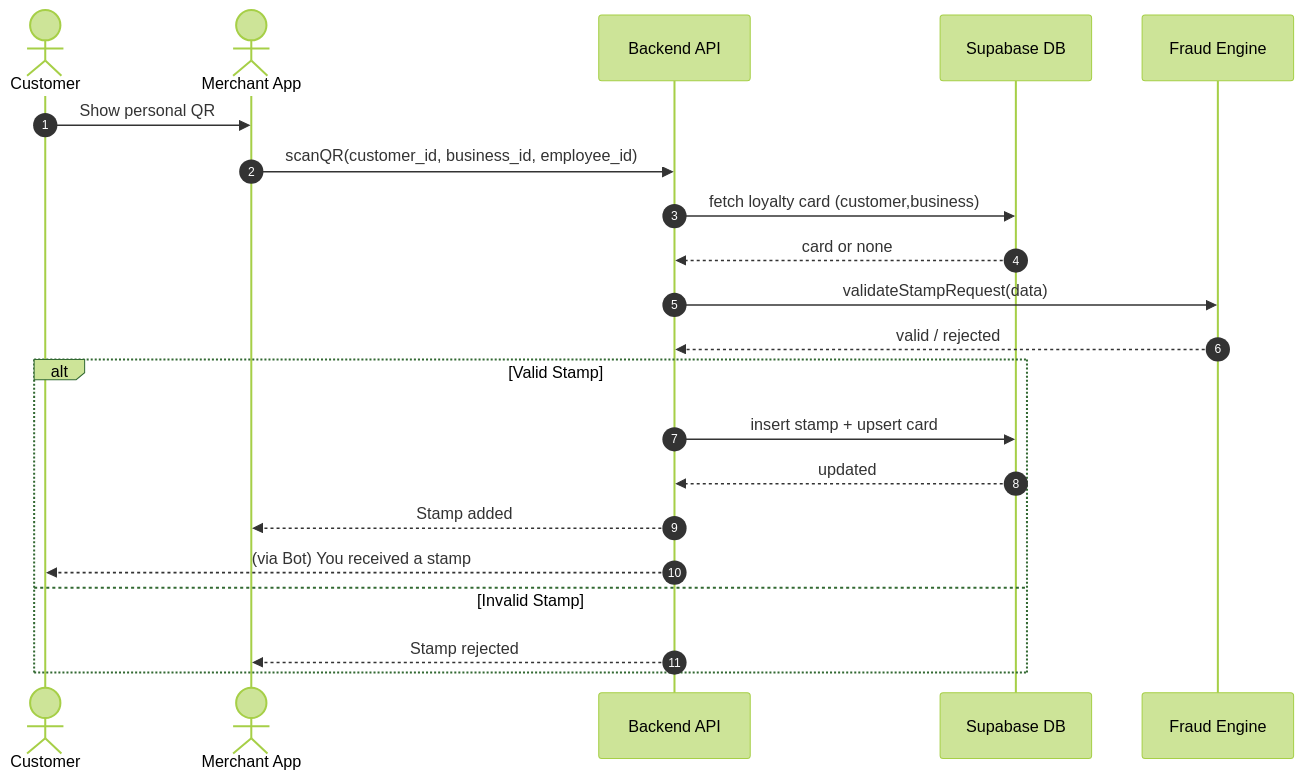
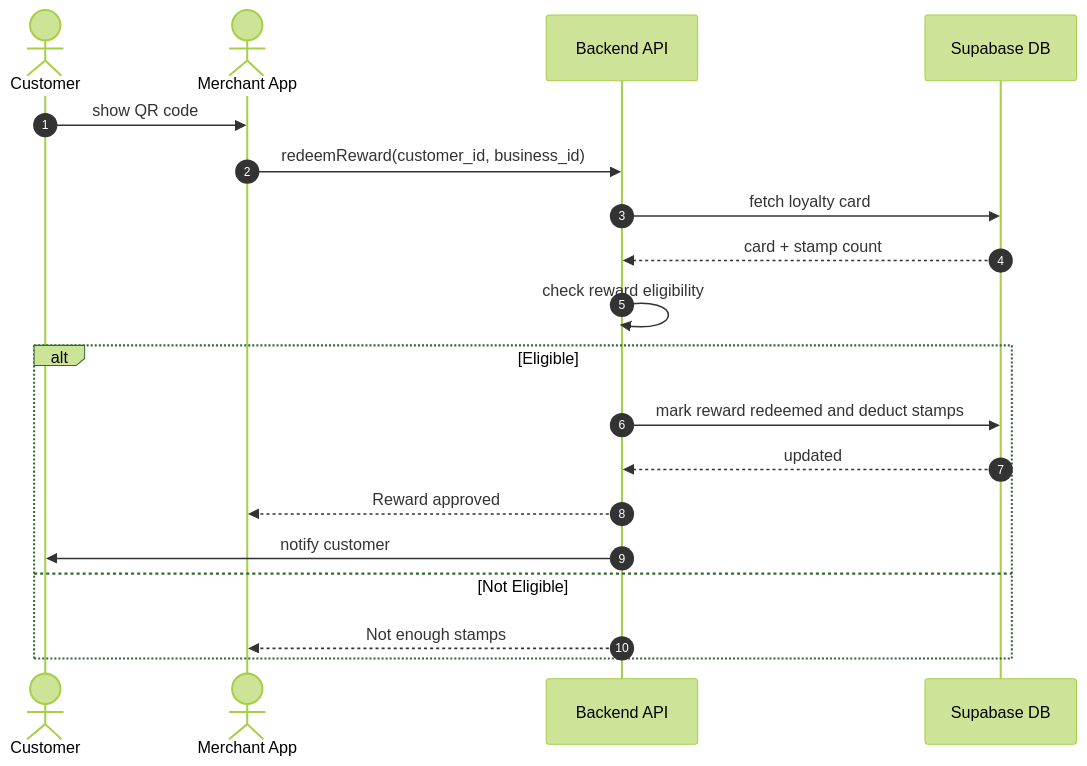
The fourth of 4 diagrams in README.md (NikoTaK/Q-Loyal), drawn with Mermaid (forest theme) before and after one commit.

Commit message:
4 diagram remake

````diff
--- a/README.md
+++ b/README.md
@@ -79,25 +79,23 @@
 ```mermaid
 sequenceDiagram
-    autonumber
     actor Customer
     actor Merchant as Merchant App
     participant API as Backend API
     participant DB as Supabase DB
-    participant Fraud as Fraud Engine
+    autonumber
 
-    Customer ->> Merchant: Show personal QR
-    Merchant ->> API: scanQR(customer_id, business_id, employee_id)
-    API ->> DB: fetch loyalty card (customer,business)
-    DB -->> API: card or none
-    API ->> Fraud: validateStampRequest(data)
-    Fraud -->> API: valid / rejected
+    Customer ->> Merchant: show QR code
+    Merchant ->> API: redeemReward(customer_id, business_id)
+    API ->> DB: fetch loyalty card
+    DB -->> API: card + stamp count
+    API ->> API: check reward eligibility
 
-    alt Valid Stamp
-        API ->> DB: insert stamp + upsert card
+    alt Eligible
+        API ->> DB: mark reward redeemed and deduct stamps
         DB -->> API: updated
-        API -->> Merchant: Stamp added
-        API -->> Customer: (via Bot) You received a stamp
-    else Invalid Stamp
-        API -->> Merchant: Stamp rejected
+        API -->> Merchant: Reward approved
+        API ->> Customer: notify customer
+    else Not Eligible
+        API -->> Merchant: Not enough stamps
     end
 ```
````
